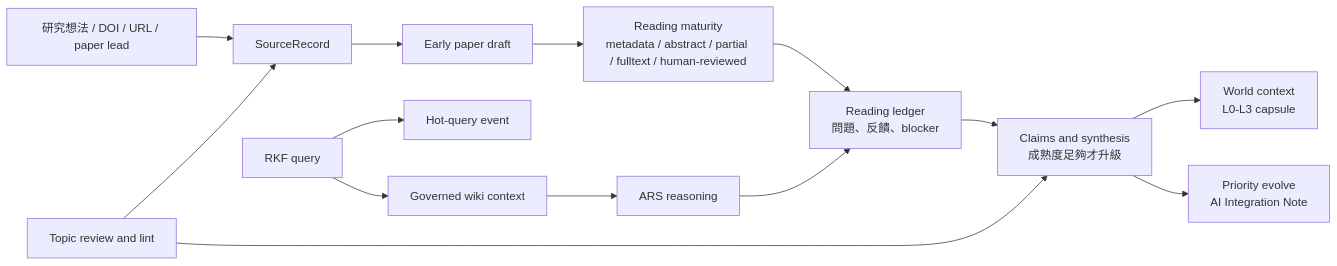
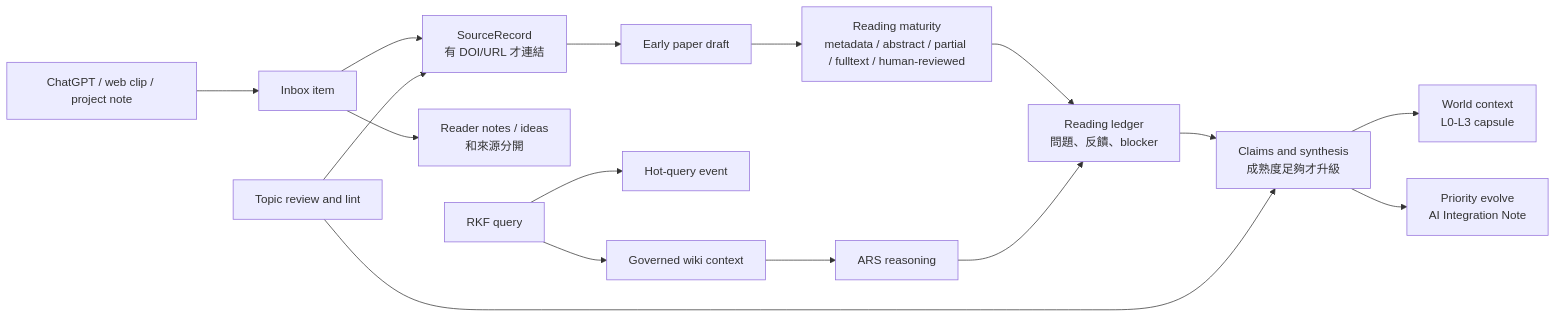
One commit to ChenHau-Lan/ResearchWiki changed the diagram in README.zh-TW.md. Above: the diagram before and after it, drawn with Mermaid. The commit also changed other lines of this file and 33 other files, not shown here.

````diff
--- a/README.zh-TW.md
+++ b/README.zh-TW.md
@@ -62,16 +64,18 @@
 ```mermaid
 flowchart LR
-    A["研究想法 / DOI / URL / paper lead"] --> B["SourceRecord"]
+    Z["ChatGPT / web clip / project note"] --> A["Inbox item"]
+    A --> B["SourceRecord<br/>有 DOI/URL 才連結"]
+    A --> N["Reader notes / ideas<br/>和來源分開"]
     B --> C["Early paper draft"]
     C --> D["Reading maturity<br/>metadata / abstract / partial / fulltext / human-reviewed"]
     D --> E["Reading ledger<br/>問題、反饋、blocker"]
     E --> F["Claims and synthesis<br/>成熟度足夠才升級"]
     F --> G["World context<br/>L0-L3 capsule"]
     F --> M["Priority evolve<br/>AI Integration Note"]
     H["RKF query"] --> I["Hot-query event"]
     H --> J["Governed wiki context"]
     J --> K["ARS reasoning"]
     K --> E
     L["Topic review and lint"] --> B
     L --> F
 ```
````
